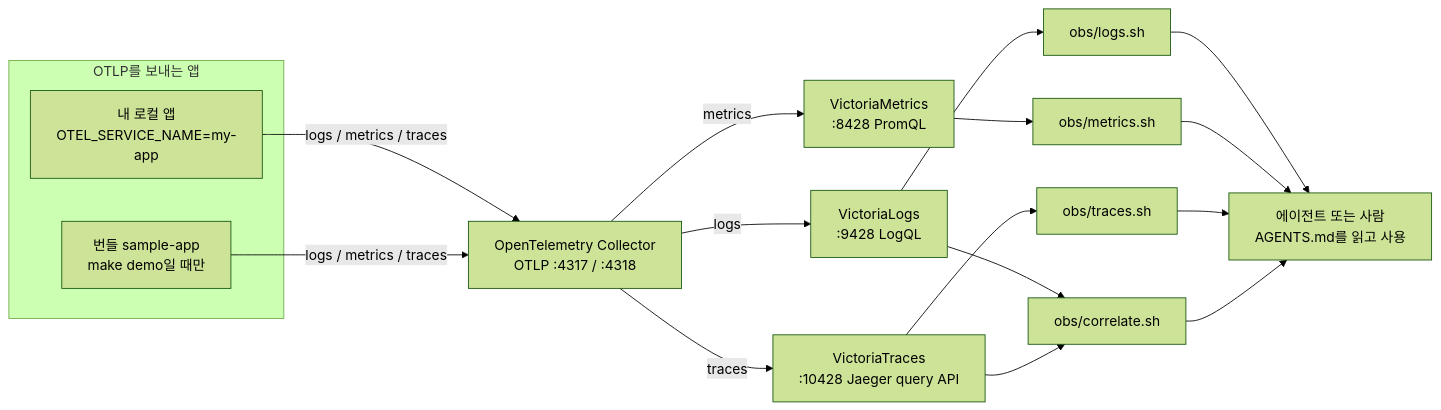
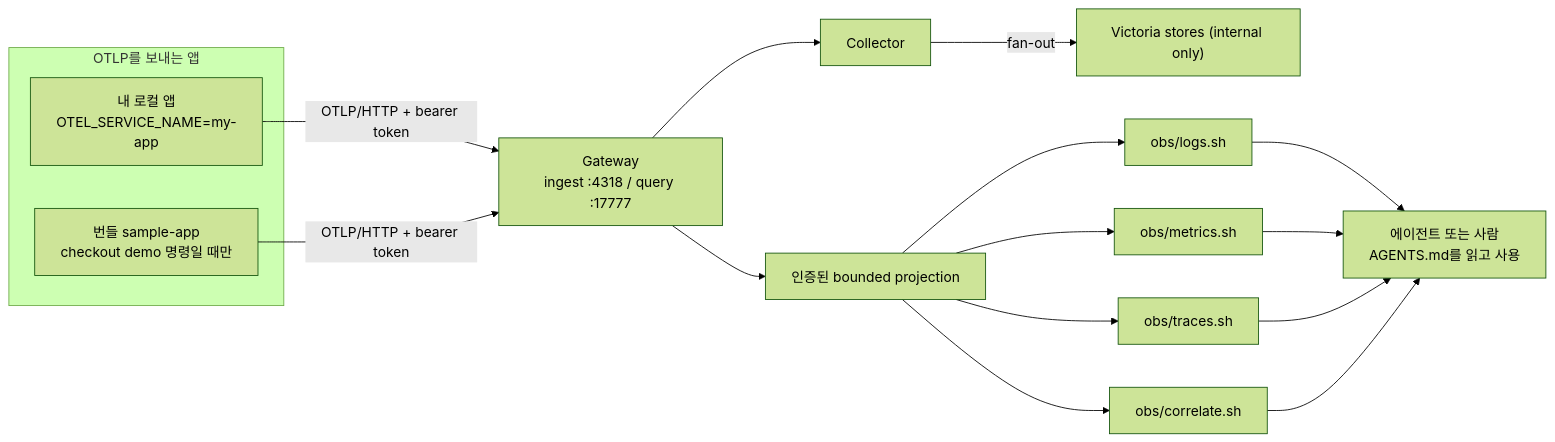
Before and after one commit to gkrtjd99/AgentOTelStack: the third of 4 diagrams in README.md, drawn with Mermaid (forest theme). The commit also changed other lines of this file and 113 other files, not shown here.

````diff
--- a/README.md
+++ b/README.md
@@ -306,27 +349,25 @@
 ```mermaid
 flowchart LR
   subgraph Apps["OTLP를 보내는 앱"]
     Own["내 로컬 앱<br/>OTEL_SERVICE_NAME=my-app"]
-    Demo["번들 sample-app<br/>make demo일 때만"]
+    Demo["번들 sample-app<br/>checkout demo 명령일 때만"]
   end
 
-  Collector["OpenTelemetry Collector<br/>OTLP :4317 / :4318"]
+  Gateway["Gateway<br/>ingest :4318 / query :17777"]
 
-  Own -->|"logs / metrics / traces"| Collector
-  Demo -->|"logs / metrics / traces"| Collector
+  Own -->|"OTLP/HTTP + bearer token"| Gateway
+  Demo -->|"OTLP/HTTP + bearer token"| Gateway
+  Gateway --> Collector
+  Collector -->|"fan-out"| Stores["Victoria stores (internal only)"]
+  Gateway --> Projections["인증된 bounded projection"]
 
-  Collector -->|"logs"| Logs["VictoriaLogs<br/>:9428 LogQL"]
-  Collector -->|"metrics"| Metrics["VictoriaMetrics<br/>:8428 PromQL"]
-  Collector -->|"traces"| Traces["VictoriaTraces<br/>:10428 Jaeger query API"]
-
-  Logs --> LogTool["obs/logs.sh"]
-  Metrics --> MetricTool["obs/metrics.sh"]
-  Traces --> TraceTool["obs/traces.sh"]
-  Logs --> Correlate["obs/correlate.sh"]
-  Traces --> Correlate
+  Projections --> LogTool["obs/logs.sh"]
+  Projections --> MetricTool["obs/metrics.sh"]
+  Projections --> TraceTool["obs/traces.sh"]
+  Projections --> Correlate["obs/correlate.sh"]
 
   LogTool --> Reader["에이전트 또는 사람<br/>AGENTS.md를 읽고 사용"]
   MetricTool --> Reader
   TraceTool --> Reader
   Correlate --> Reader
 ```
````
